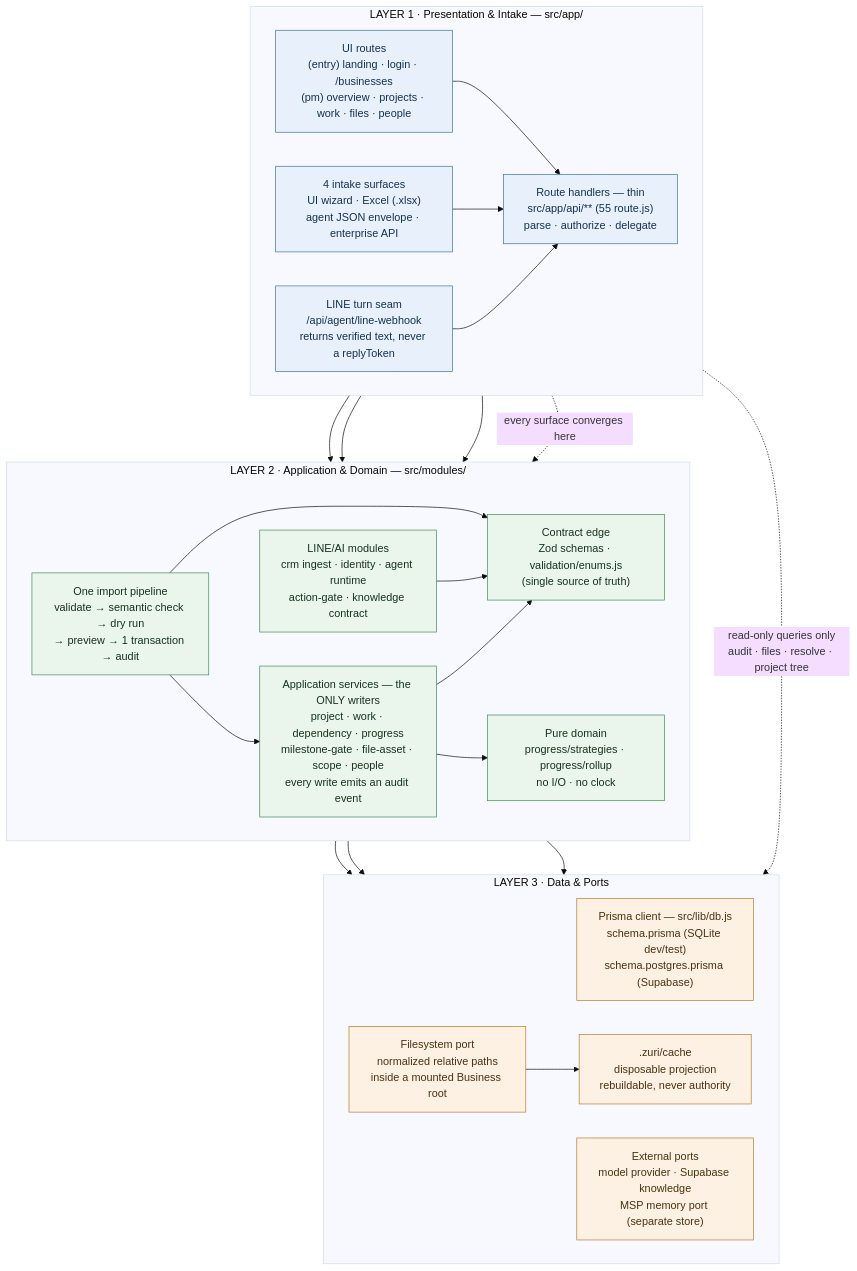
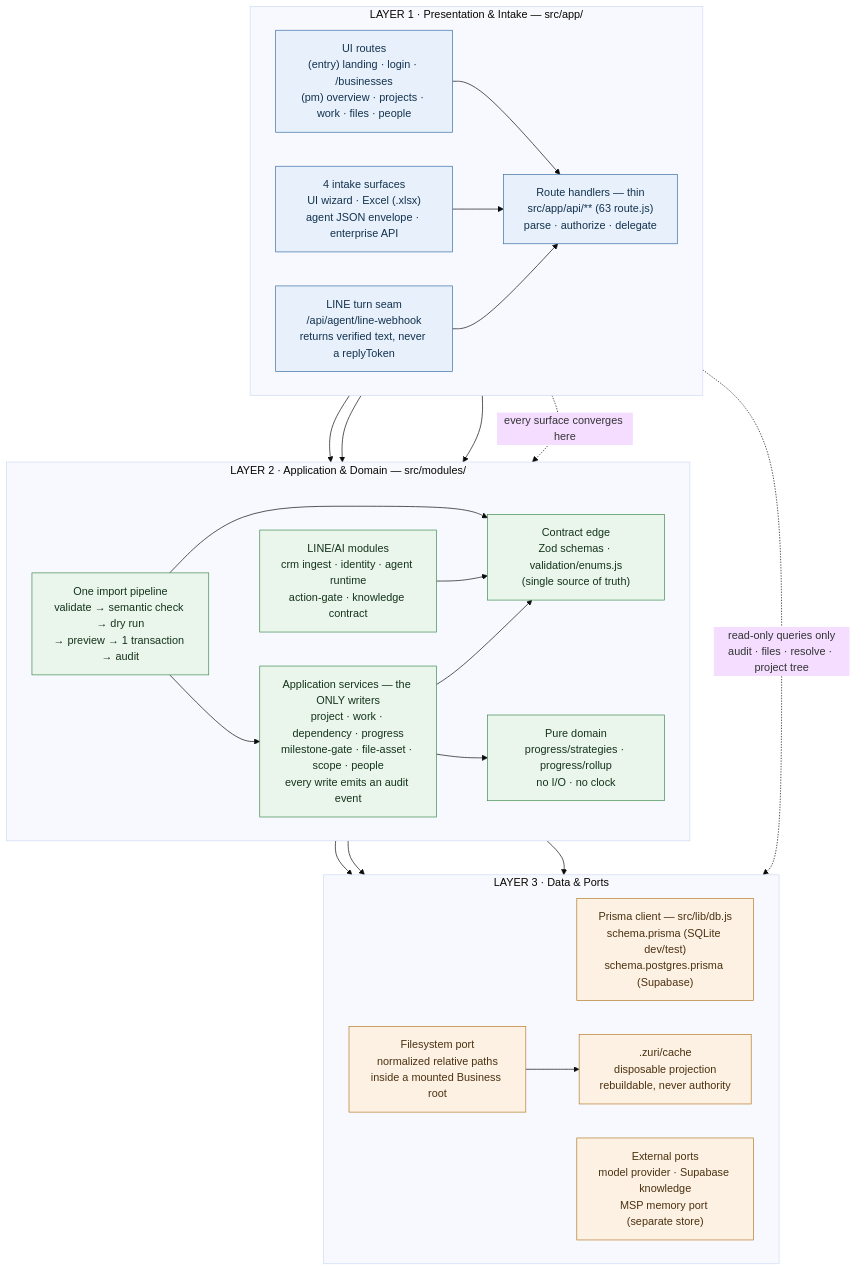
Before and after one commit to Freshair129/zuri.ai: the first of 6 diagrams in docs/ARCHITECTURE-DIAGRAMS.md, drawn with Mermaid (base theme). The commit also changed 6 other files, not shown here.

````diff
--- a/docs/ARCHITECTURE-DIAGRAMS.md
+++ b/docs/ARCHITECTURE-DIAGRAMS.md
@@ -33,52 +33,52 @@
 ```mermaid
 flowchart TB
   subgraph L1["LAYER 1 · Presentation & Intake — src/app/"]
     direction LR
     UI["UI routes<br/>(entry) landing · login · /businesses<br/>(pm) overview · projects · work · files · people"]
-    RH["Route handlers — thin<br/>src/app/api/** (55 route.js)<br/>parse · authorize · delegate"]
+    RH["Route handlers — thin<br/>src/app/api/** (63 route.js)<br/>parse · authorize · delegate"]
     INTAKE["4 intake surfaces<br/>UI wizard · Excel (.xlsx)<br/>agent JSON envelope · enterprise API"]
     LINEIN["LINE turn seam<br/>/api/agent/line-webhook<br/>returns verified text, never a replyToken"]
   end
 
   subgraph L2["LAYER 2 · Application & Domain — src/modules/"]
     direction LR
     SVC["Application services — the ONLY writers<br/>project · work · dependency · progress<br/>milestone-gate · file-asset · scope · people<br/>every write emits an audit event"]
     PURE["Pure domain<br/>progress/strategies · progress/rollup<br/>no I/O · no clock"]
     IMPORT["One import pipeline<br/>validate → semantic check → dry run<br/>→ preview → 1 transaction → audit"]
     AI["LINE/AI modules<br/>crm ingest · identity · agent runtime<br/>action-gate · knowledge contract"]
     VAL["Contract edge<br/>Zod schemas · validation/enums.js<br/>(single source of truth)"]
   end
 
   subgraph L3["LAYER 3 · Data & Ports"]
     direction LR
     PRISMA["Prisma client — src/lib/db.js<br/>schema.prisma (SQLite dev/test)<br/>schema.postgres.prisma (Supabase)"]
     FS["Filesystem port<br/>normalized relative paths<br/>inside a mounted Business root"]
     CACHE[".zuri/cache<br/>disposable projection<br/>rebuildable, never authority"]
     EXT["External ports<br/>model provider · Supabase knowledge<br/>MSP memory port (separate store)"]
   end
 
   UI --> RH
   INTAKE --> RH
   LINEIN --> RH
   RH --> SVC
   RH --> IMPORT
   RH --> AI
   INTAKE -.->|"every surface converges here"| IMPORT
   SVC --> VAL
   IMPORT --> VAL
   AI --> VAL
   SVC --> PURE
   IMPORT --> SVC
   SVC --> PRISMA
   SVC --> FS
   AI --> EXT
   FS --> CACHE
   RH -.->|"read-only queries only<br/>audit · files · resolve · project tree"| PRISMA
 
   classDef l1 fill:#e8f1fb,stroke:#3b6ea5,color:#12324f
   classDef l2 fill:#eaf6ec,stroke:#3f8a4d,color:#14331b
   classDef l3 fill:#fdf1e3,stroke:#b57a2a,color:#4a3110
   class UI,RH,INTAKE,LINEIN l1
   class SVC,PURE,IMPORT,AI,VAL l2
   class PRISMA,FS,CACHE,EXT l3
 ```
````
